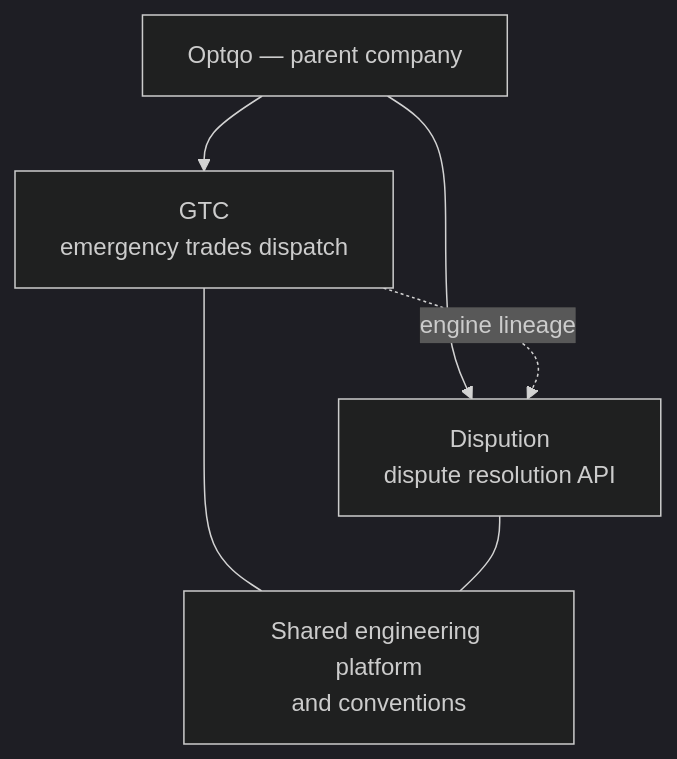
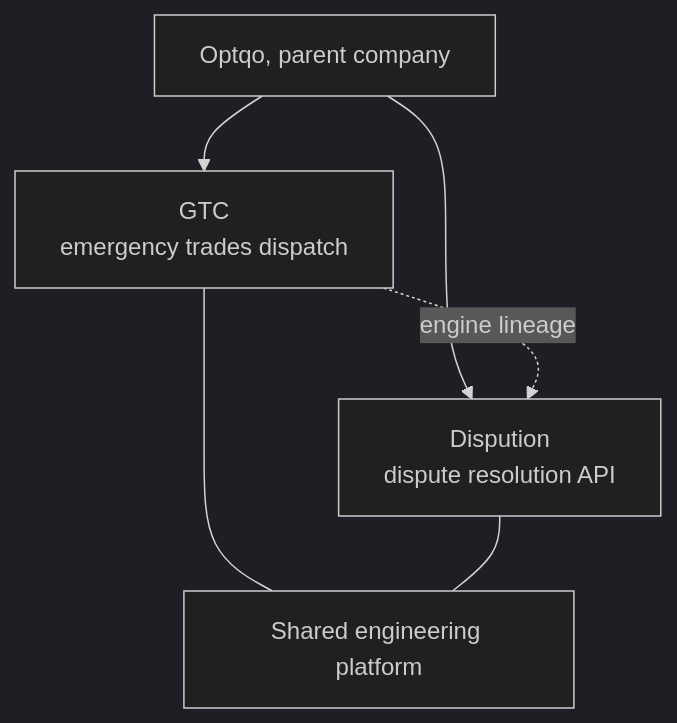
One commit to devant00/optqo changed the first of 2 diagrams in README.md. Above: the diagram before and after it, drawn with Mermaid (dark theme). The commit also changed other lines of this file, not shown here.

````diff
--- a/README.md
+++ b/README.md
@@ -23,8 +23,8 @@
 ```mermaid
 flowchart TD
-    O["Optqo — parent company"] --> G["GTC<br/>emergency trades dispatch"]
+    O["Optqo, parent company"] --> G["GTC<br/>emergency trades dispatch"]
     O --> D["Dispution<br/>dispute resolution API"]
     G -. engine lineage .-> D
-    G --- P["Shared engineering platform<br/>and conventions"]
+    G --- P["Shared engineering platform"]
     D --- P
 ```
````
